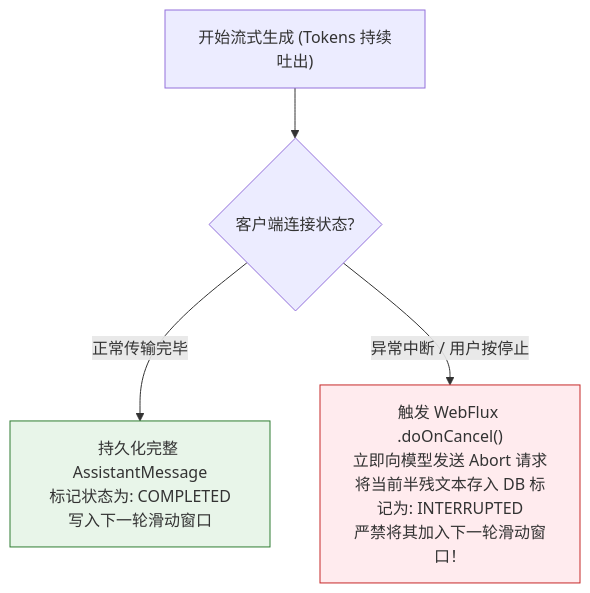
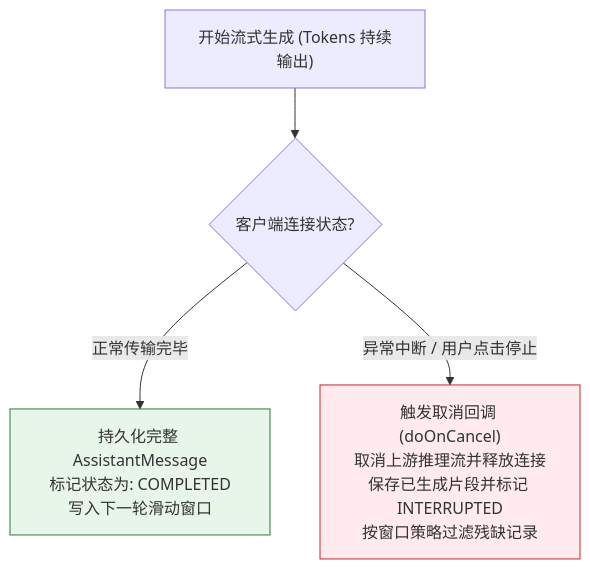
Before and after one commit to GuoWWWX/knowledge-base: the second of 2 diagrams in 10-AI应用开发/04-多轮对话与上下文工程/07-会话隔离与并发安全.md, drawn with Mermaid. The commit also changed other lines of this file and 251 other files, not shown here.

````diff
--- a/10-AI应用开发/04-多轮对话与上下文工程/07-会话隔离与并发安全.md
+++ b/10-AI应用开发/04-多轮对话与上下文工程/07-会话隔离与并发安全.md
@@ -154,9 +154,9 @@
 ```mermaid
 flowchart TD
-    Start["开始流式生成 (Tokens 持续吐出)"] --> Network{"客户端连接状态?"}
+    Start["开始流式生成 (Tokens 持续输出)"] --> Network{"客户端连接状态?"}
     Network -->|正常传输完毕| Success["持久化完整 AssistantMessage<br/>标记状态为: COMPLETED<br/>写入下一轮滑动窗口"]
-    Network -->|异常中断 / 用户按停止| Drop["触发 WebFlux .doOnCancel()<br/>立即向模型发送 Abort 请求<br/>将当前半残文本存入 DB 标记为: INTERRUPTED<br/>严禁将其加入下一轮滑动窗口！"]
+    Network -->|异常中断 / 用户点击停止| Drop["触发取消回调 (doOnCancel)<br/>取消上游推理流并释放连接<br/>保存已生成片段并标记 INTERRUPTED<br/>按窗口策略过滤残缺记录"]
 
     style Success fill:#e8f5e9,stroke:#2e7d32,stroke-width:1px
     style Drop fill:#ffebee,stroke:#c62828,stroke-width:1px
 ```
````
